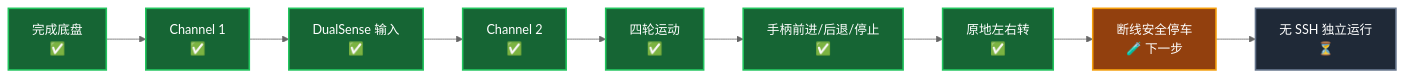
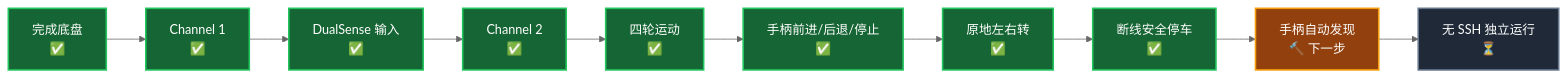
Before and after one commit to AndyChen227/RoverPi: the fourth of 6 diagrams in README.md, drawn with Mermaid (neutral theme). The commit also changed other lines of this file and 1 other file, not shown here.

````diff
--- a/README.md
+++ b/README.md
@@ -428,18 +432,19 @@
 ```mermaid
 flowchart LR
     A["完成底盘<br/>✅"] --> B["Channel 1<br/>✅"]
     B --> C["DualSense 输入<br/>✅"]
     C --> D["Channel 2<br/>✅"]
     D --> E["四轮运动<br/>✅"]
     E --> F["手柄前进/后退/停止<br/>✅"]
     F --> G["原地左右转<br/>✅"]
-    G --> H["断线安全停车<br/>🧪 下一步"]
-    H --> I["无 SSH 独立运行<br/>⏳"]
+    G --> H["断线安全停车<br/>✅"]
+    H --> I["手柄自动发现<br/>🔨 下一步"]
+    I --> J["无 SSH 独立运行<br/>⏳"]
 
     classDef done fill:#166534,color:#fff,stroke:#22c55e,stroke-width:2px;
     classDef next fill:#92400e,color:#fff,stroke:#f59e0b,stroke-width:2px;
     classDef pending fill:#1f2937,color:#fff,stroke:#64748b,stroke-width:2px;
-    class A,B,C,D,E,F,G done;
-    class H next;
-    class I pending;
+    class A,B,C,D,E,F,G,H done;
+    class I next;
+    class J pending;
 ```
````
